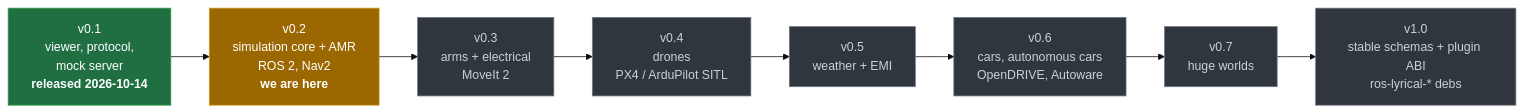
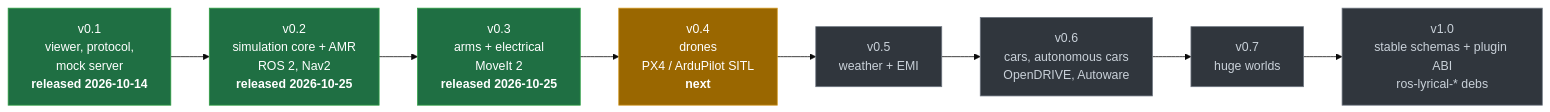
One commit to Open-Physical-Systems/Lagrange changed the first of 2 diagrams in docs/plan/progress.md. Above: the diagram before and after it, drawn with Mermaid (base theme). The commit also changed other lines of this file and 37 other files, not shown here.

````diff
--- a/docs/plan/progress.md
+++ b/docs/plan/progress.md
@@ -7,16 +7,16 @@
 ```mermaid
 flowchart LR
     v01["v0.1<br/>viewer, protocol,<br/>mock server<br/><b>released 2026-10-14</b>"]:::done
-    v02["v0.2<br/>simulation core + AMR<br/>ROS 2, Nav2<br/><b>we are here</b>"]:::now
-    v03["v0.3<br/>arms + electrical<br/>MoveIt 2"]:::todo
-    v04["v0.4<br/>drones<br/>PX4 / ArduPilot SITL"]:::todo
+    v02["v0.2<br/>simulation core + AMR<br/>ROS 2, Nav2<br/><b>released 2026-10-25</b>"]:::done
+    v03["v0.3<br/>arms + electrical<br/>MoveIt 2<br/><b>released 2026-10-25</b>"]:::done
+    v04["v0.4<br/>drones<br/>PX4 / ArduPilot SITL<br/><b>next</b>"]:::now
     v05["v0.5<br/>weather + EMI"]:::todo
     v06["v0.6<br/>cars, autonomous cars<br/>OpenDRIVE, Autoware"]:::todo
     v07["v0.7<br/>huge worlds"]:::todo
     v10["v1.0<br/>stable schemas + plugin ABI<br/>ros-lyrical-* debs"]:::todo
     v01 --> v02 --> v03 --> v04 --> v05 --> v06 --> v07 --> v10
 
     classDef done fill:#1f6f43,stroke:#2ea043,color:#fff
     classDef now fill:#9a6700,stroke:#d29922,color:#fff
     classDef todo fill:#30363d,stroke:#6e7681,color:#c9d1d9
 ```
````
